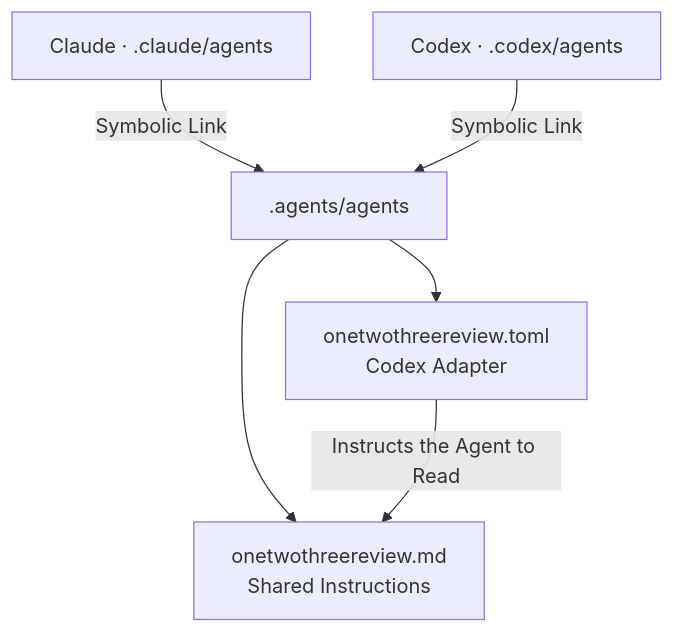
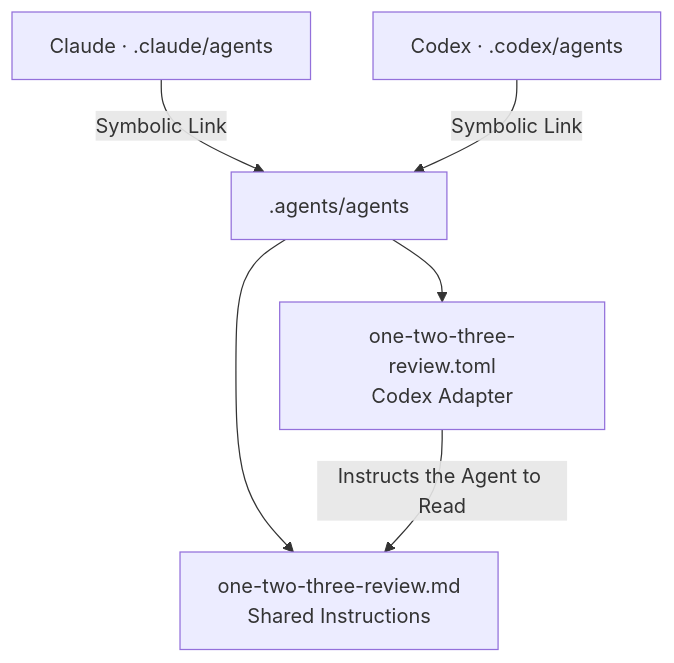
The diagram in rules/vendor-integration.md (cangrejometralleta/OneTwoThree), drawn with Mermaid before and after one commit. The commit also changed 5 other files, not shown here.

````diff
--- a/rules/vendor-integration.md
+++ b/rules/vendor-integration.md
@@ -24,8 +24,8 @@
 ```mermaid
 flowchart TD
     Claude["Claude · .claude/agents"] -->|Symbolic Link| Shared[".agents/agents"]
     Codex["Codex · .codex/agents"] -->|Symbolic Link| Shared
-    Shared --> Markdown["onetwothreereview.md<br/>Shared Instructions"]
-    Shared --> Adapter["onetwothreereview.toml<br/>Codex Adapter"]
+    Shared --> Markdown["one-two-three-review.md<br/>Shared Instructions"]
+    Shared --> Adapter["one-two-three-review.toml<br/>Codex Adapter"]
     Adapter -->|Instructs the Agent to Read| Markdown
 ```
````
